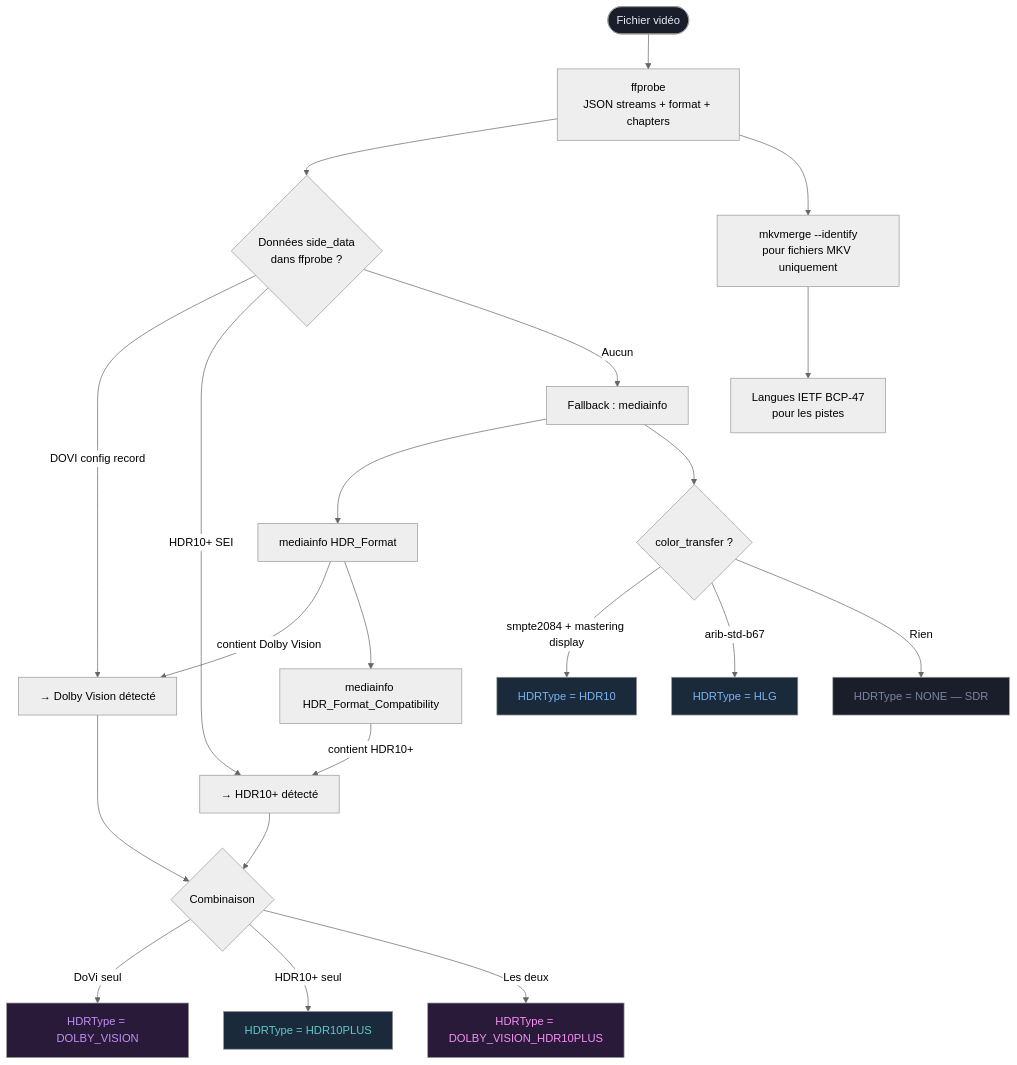
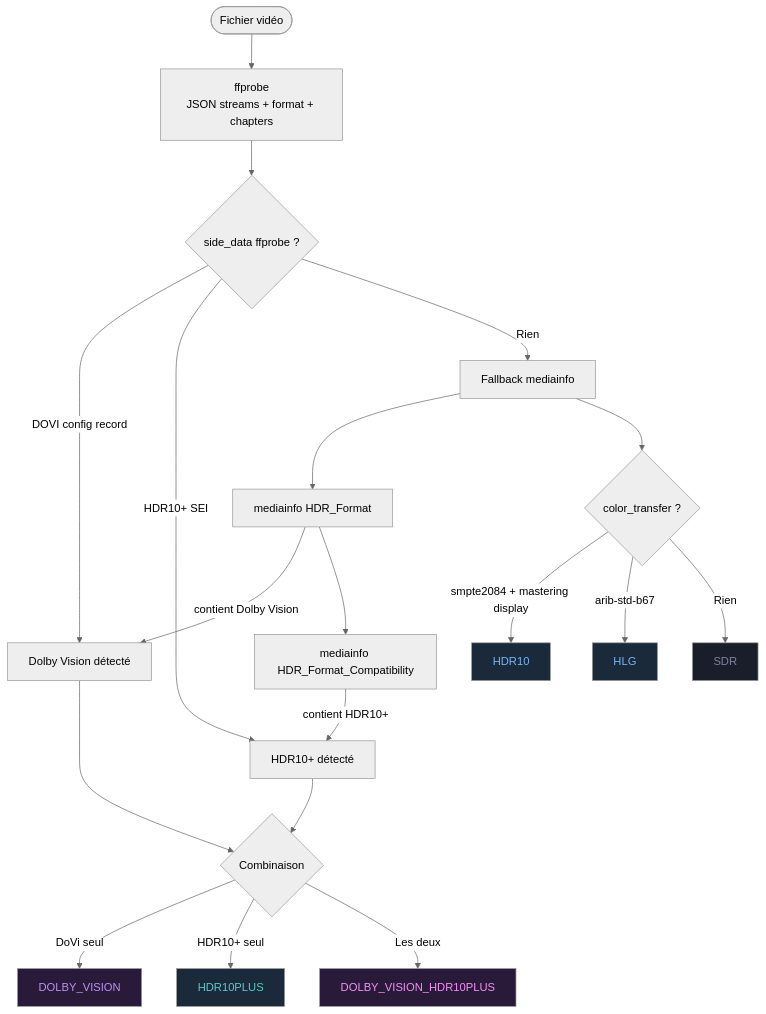
Before and after one commit to Hydro74000/muxiveo: the fifth of 5 diagrams in README.md, drawn with Mermaid (neutral theme). The commit also changed other lines of this file, not shown here.

````diff
--- a/README.md
+++ b/README.md
@@ -700,35 +667,31 @@
 ```mermaid
 flowchart TD
     A([Fichier vidéo]) --> B[ffprobe\nJSON streams + format + chapters]
-    B --> C{Données side_data\ndans ffprobe ?}
+    B --> C{side_data ffprobe ?}
 
-    C -->|DOVI config record| D1[→ Dolby Vision détecté]
-    C -->|HDR10+ SEI| D2[→ HDR10+ détecté]
-    C -->|Aucun| E[Fallback : mediainfo]
+    C -->|DOVI config record| D1[Dolby Vision détecté]
+    C -->|HDR10+ SEI| D2[HDR10+ détecté]
+    C -->|Rien| E[Fallback mediainfo]
 
     E --> F[mediainfo HDR_Format]
     F -->|contient Dolby Vision| D1
     F --> G[mediainfo HDR_Format_Compatibility]
     G -->|contient HDR10+| D2
 
     D1 & D2 --> H{Combinaison}
-    H -->|DoVi seul| R1[HDRType = DOLBY_VISION]
-    H -->|HDR10+ seul| R2[HDRType = HDR10PLUS]
-    H -->|Les deux| R3[HDRType = DOLBY_VISION_HDR10PLUS]
+    H -->|DoVi seul| R1[DOLBY_VISION]
+    H -->|HDR10+ seul| R2[HDR10PLUS]
+    H -->|Les deux| R3[DOLBY_VISION_HDR10PLUS]
 
     E --> I{color_transfer ?}
-    I -->|smpte2084 + mastering display| R4[HDRType = HDR10]
-    I -->|arib-std-b67| R5[HDRType = HLG]
-    I -->|Rien| R6[HDRType = NONE — SDR]
+    I -->|smpte2084 + mastering display| R4[HDR10]
+    I -->|arib-std-b67| R5[HLG]
+    I -->|Rien| R6[SDR]
 
-    B --> J[mkvmerge --identify\npour fichiers MKV uniquement]
-    J --> K[Langues IETF BCP-47\npour les pistes]
-
-    style A fill:#1a1e2a,color:#e8ecf4
     style R1 fill:#2a1a3a,color:#c08ff5
     style R2 fill:#1a2a3a,color:#5dc8cc
     style R3 fill:#2a1a3a,color:#f58ff5
     style R4 fill:#1a2a3a,color:#7ab3f5
     style R5 fill:#1a2a3a,color:#7ab3f5
     style R6 fill:#1a1e2a,color:#7a85a0
 ```
````
